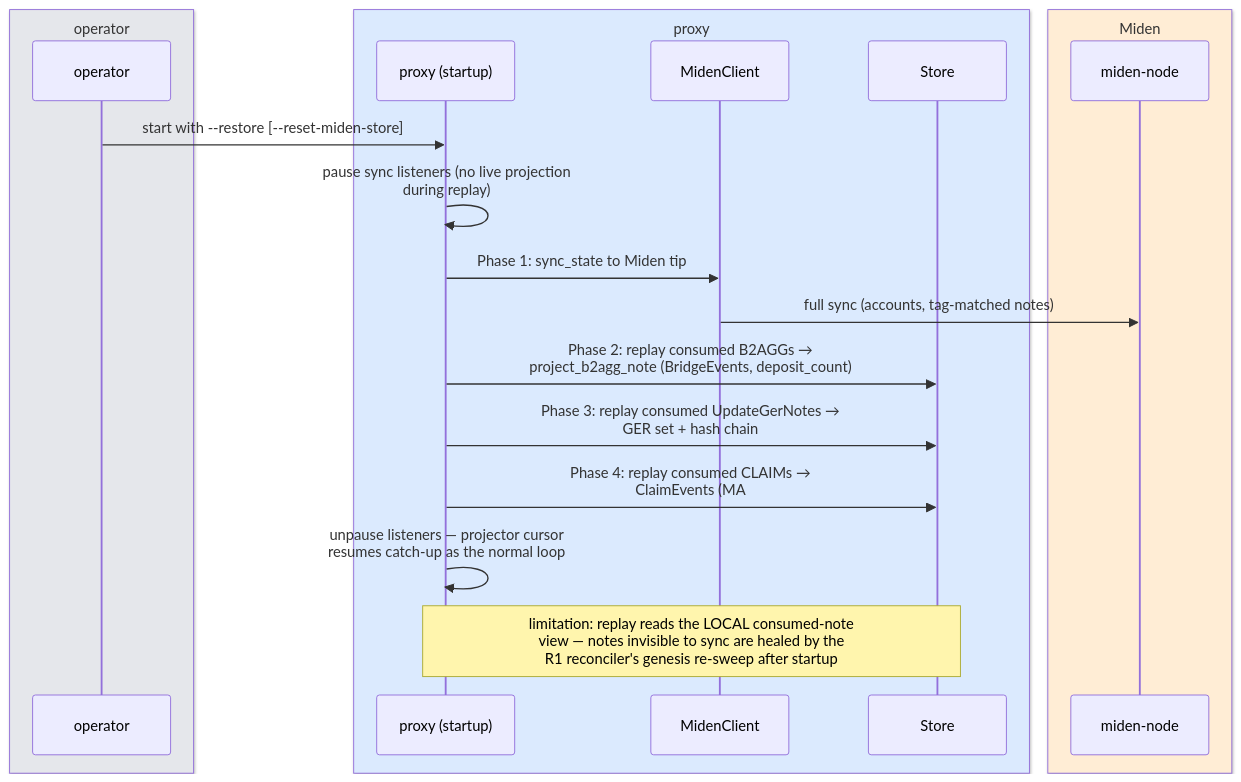
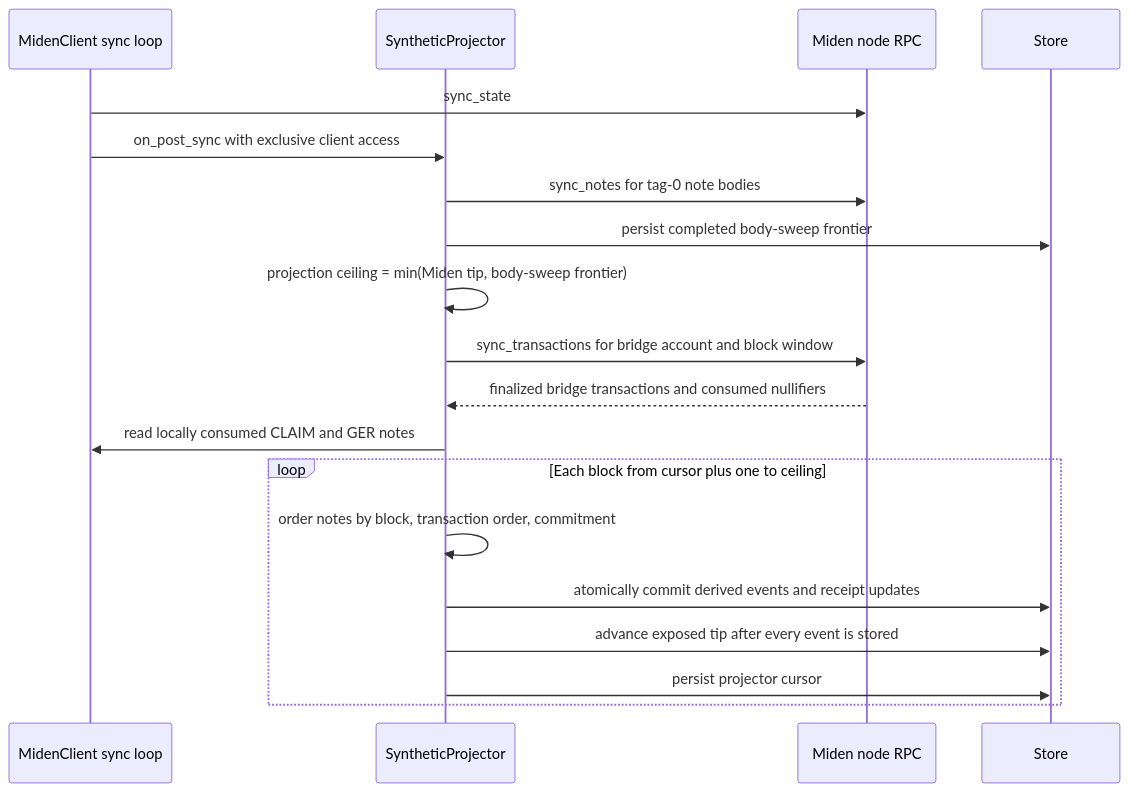
The third of 3 diagrams in docs/ARCHITECTURE.md (gateway-fm/miden-agglayer), drawn with Mermaid before and after one commit. The commit also changed other lines of this file and 23 other files, not shown here.

````diff
--- a/docs/ARCHITECTURE.md
+++ b/docs/ARCHITECTURE.md
@@ -288,24 +137,22 @@
 ```mermaid
 sequenceDiagram
-    box rgb(229,231,235) operator
-        participant OP as operator
+    participant M as MidenClient sync loop
+    participant P as SyntheticProjector
+    participant N as Miden node RPC
+    participant S as Store
+
+    M->>N: sync_state
+    M->>P: on_post_sync with exclusive client access
+    P->>N: sync_notes for tag-0 note bodies
+    P->>S: persist completed body-sweep frontier
+    P->>P: projection ceiling = min(Miden tip, body-sweep frontier)
+    P->>N: sync_transactions for bridge account and block window
+    N-->>P: finalized bridge transactions and consumed nullifiers
+    P->>M: read locally consumed CLAIM and GER notes
+    loop Each block from cursor plus one to ceiling
+        P->>P: order notes by block, transaction order, commitment
+        P->>S: atomically commit derived events and receipt updates
+        P->>S: advance exposed tip after every event is stored
+        P->>S: persist projector cursor
     end
-    box rgb(219,234,254) proxy
-        participant PX as proxy (startup)
-        participant MC as MidenClient
-        participant ST as Store
-    end
-    box rgb(255,237,213) Miden
-        participant N as miden-node
-    end
-
-    OP->>PX: start with --restore [--reset-miden-store]
-    PX->>PX: pause sync listeners (no live projection<br/>during replay)
-    PX->>MC: Phase 1: sync_state to Miden tip
-    MC->>N: full sync (accounts, tag-matched notes)
-    PX->>ST: Phase 2: replay consumed B2AGGs →<br/>project_b2agg_note (BridgeEvents, deposit_count)
-    PX->>ST: Phase 3: replay consumed UpdateGerNotes →<br/>GER set + hash chain
-    PX->>ST: Phase 4: replay consumed CLAIMs →<br/>ClaimEvents (MA#27 synthesis)
-    PX->>PX: unpause listeners — projector cursor<br/>resumes catch-up as the normal loop
-    Note over PX,ST: limitation: replay reads the LOCAL consumed-note<br/>view — notes invisible to sync are healed by the<br/>R1 reconciler's genesis re-sweep after startup
 ```
````
